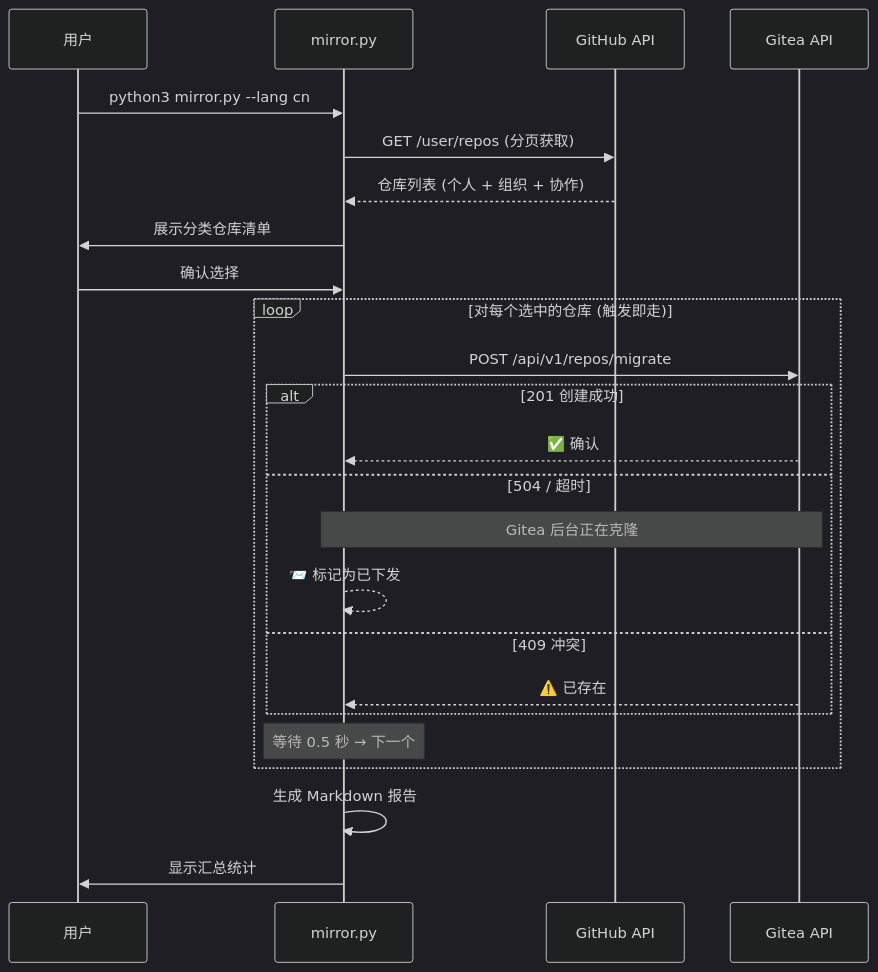
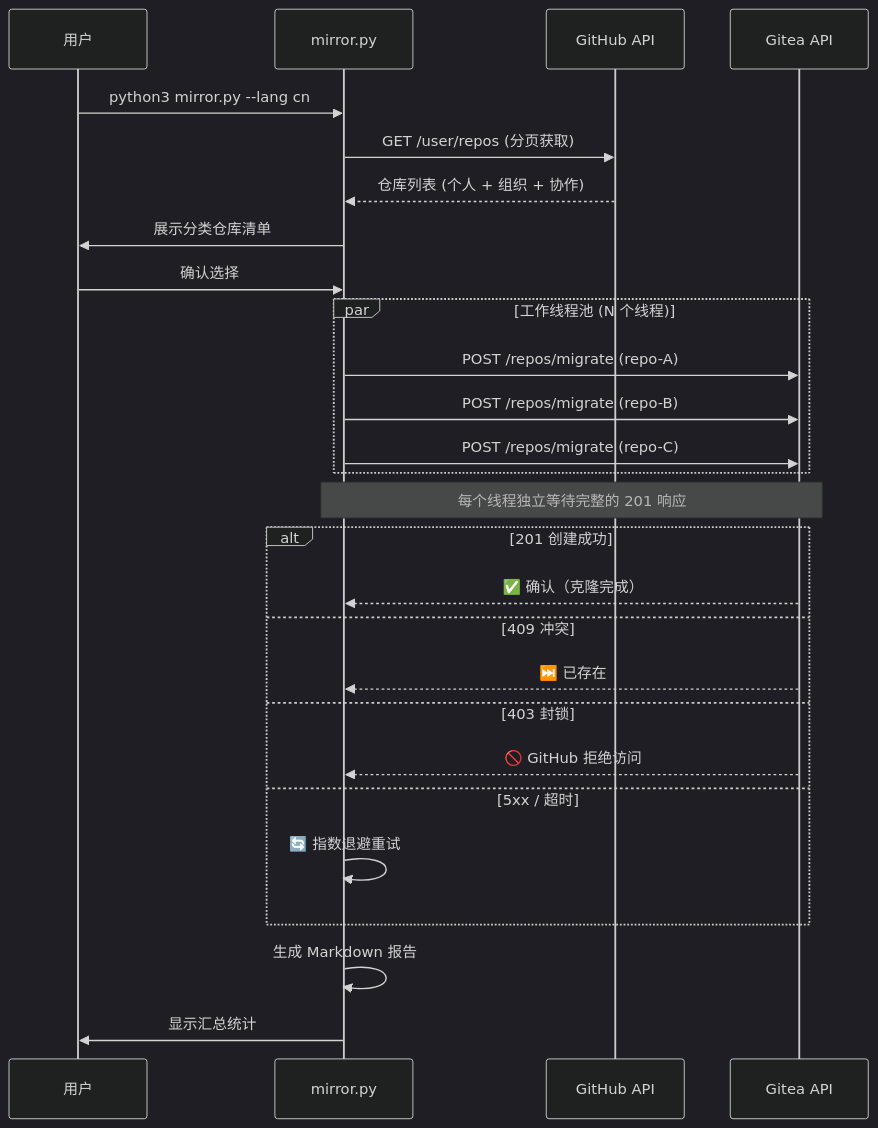
Before and after one commit to yuanweize/gitea-github-mirror: the diagram in README_CN.md, drawn with Mermaid (dark theme). The commit also changed other lines of this file and 3 other files, not shown here.

````diff
--- a/README_CN.md
+++ b/README_CN.md
@@ -251,29 +263,34 @@
 ```mermaid
 sequenceDiagram
     participant 用户
     participant 脚本 as mirror.py
     participant GitHub as GitHub API
-    participant Gitea as Gitea API
+    participant 服务器 as Gitea API
 
     用户->>脚本: python3 mirror.py --lang cn
     脚本->>GitHub: GET /user/repos (分页获取)
     GitHub-->>脚本: 仓库列表 (个人 + 组织 + 协作)
     脚本->>用户: 展示分类仓库清单
     用户->>脚本: 确认选择
 
-    loop 对每个选中的仓库 (触发即走)
-        脚本->>Gitea: POST /api/v1/repos/migrate
-        alt 201 创建成功
-            Gitea-->>脚本: ✅ 确认
-        else 504 / 超时
-            Note over 脚本,Gitea: Gitea 后台正在克隆
-            脚本-->>脚本: 📨 标记为已下发
-        else 409 冲突
-            Gitea-->>脚本: ⚠️ 已存在
-        end
-        Note over 脚本: 等待 0.5 秒 → 下一个
+    par 工作线程池 (N 个线程)
+        脚本->>服务器: POST /repos/migrate (repo-A)
+        脚本->>服务器: POST /repos/migrate (repo-B)
+        脚本->>服务器: POST /repos/migrate (repo-C)
+    end
+
+    Note over 脚本,服务器: 每个线程独立等待完整的 201 响应
+
+    alt 201 创建成功
+        服务器-->>脚本: ✅ 确认（克隆完成）
+    else 409 冲突
+        服务器-->>脚本: ⏭️ 已存在
+    else 403 封锁
+        服务器-->>脚本: 🚫 GitHub 拒绝访问
+    else 5xx / 超时
+        脚本->>脚本: 🔄 指数退避重试
     end
 
     脚本->>脚本: 生成 Markdown 报告
     脚本->>用户: 显示汇总统计
 ```
````
